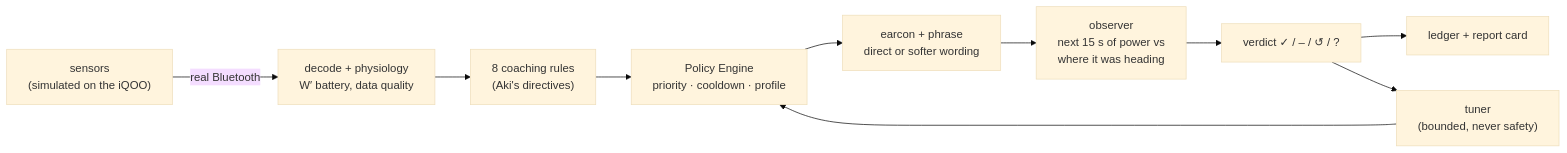
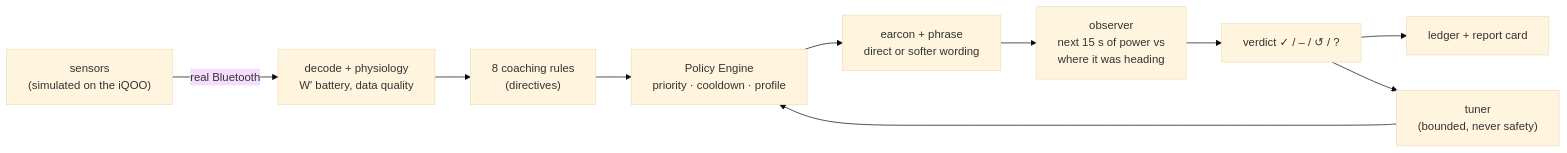
Before and after one commit to Zakir032002/velocoach: the diagram in README.md, drawn with Mermaid (base theme). The commit also changed other lines of this file and 11 other files, not shown here.

````diff
--- a/README.md
+++ b/README.md
@@ -38,12 +38,12 @@
 ```mermaid
 flowchart LR
     S["sensors<br/>(simulated on the iQOO)"] -- "real Bluetooth" --> D["decode + physiology<br/>W′ battery, data quality"]
-    D --> R["8 coaching rules<br/>(Aki's directives)"]
+    D --> R["8 coaching rules<br/>(directives)"]
     R --> P["Policy Engine<br/>priority · cooldown · profile"]
     P --> A["earcon + phrase<br/>direct or softer wording"]
     A --> O["observer<br/>next 15 s of power vs<br/>where it was heading"]
     O --> V["verdict ✓ / – / ↺ / ?"]
     V --> L["ledger + report card"]
     V --> T["tuner<br/>(bounded, never safety)"]
     T --> P
 ```
````
